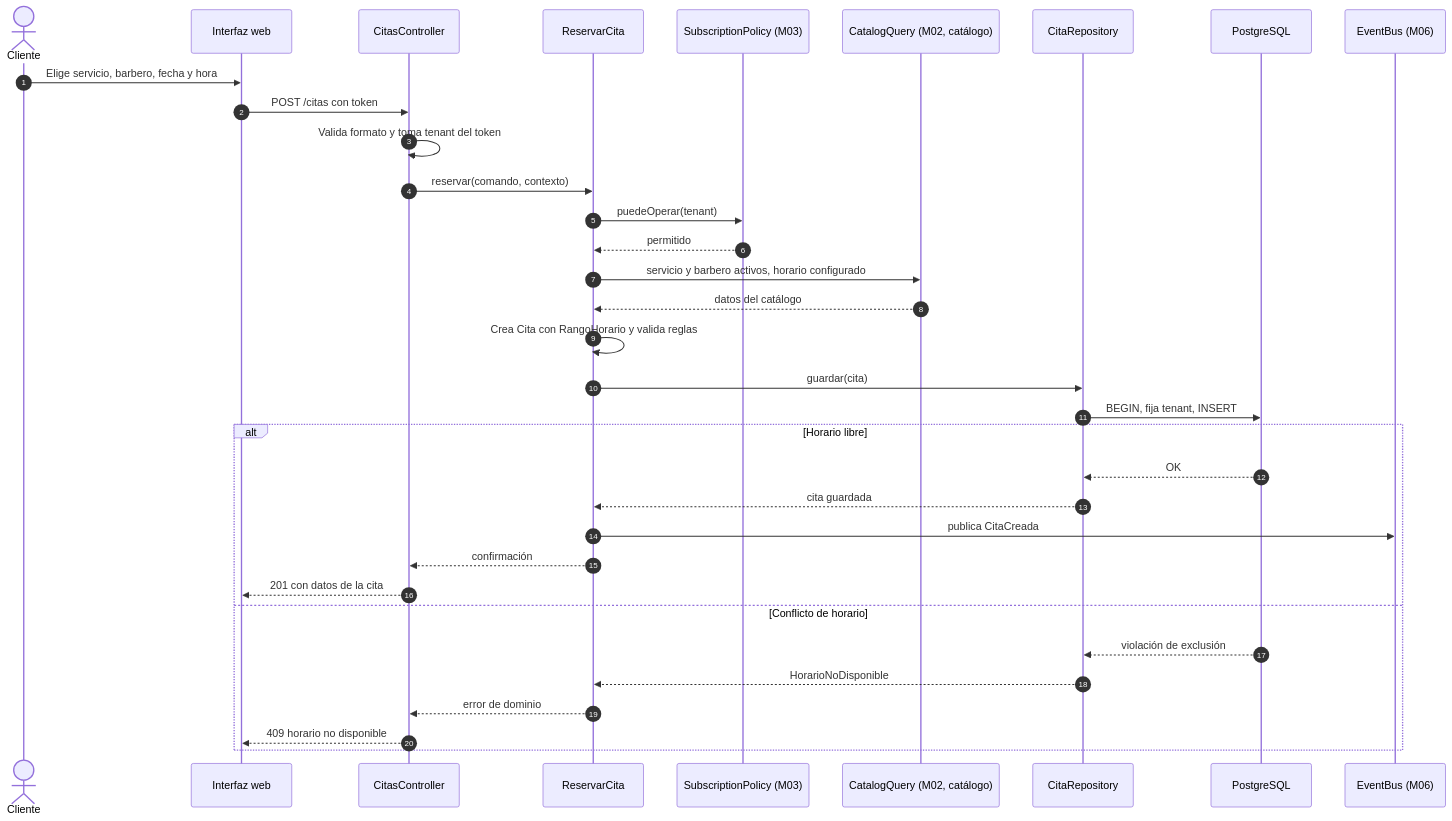
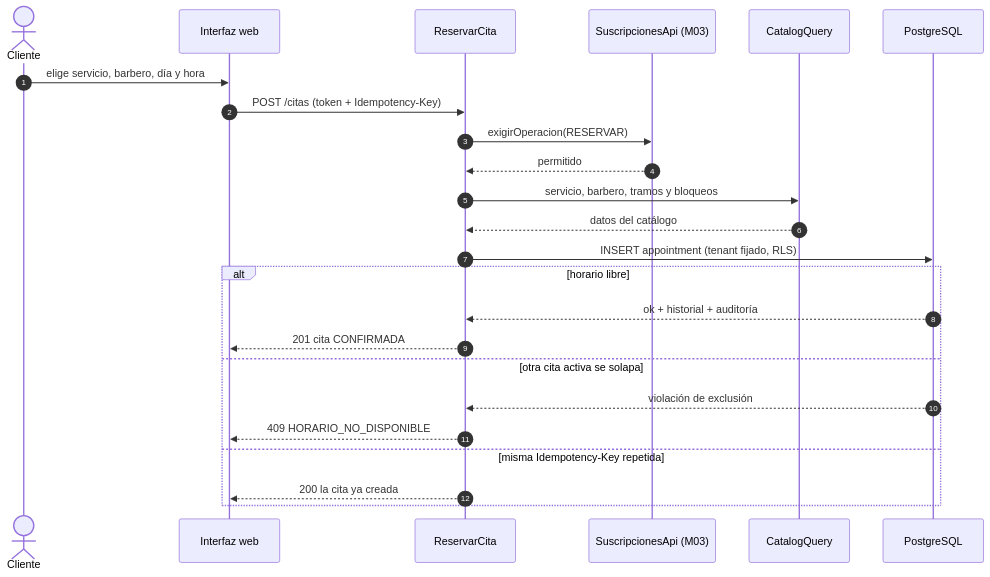
Before and after one commit to semcham/proyecto-final-barberia-ayacucho: the second of 9 diagrams in docs/03-diseño-de-software/diseño-interno/diseño-interno-de-modulos.md, drawn with Mermaid. The commit also changed other lines of this file and 67 other files, not shown here.

Commit message:
docs: documentación y diagramas coherentes con 001, 002, 003 .... 006

````diff
--- a/docs/03-diseño-de-software/diseño-interno/diseño-interno-de-modulos.md
+++ b/docs/03-diseño-de-software/diseño-interno/diseño-interno-de-modulos.md
@@ -82,36 +87,26 @@
 ```mermaid
 sequenceDiagram
     autonumber
     actor C as Cliente
     participant FE as Interfaz web
-    participant API as CitasController
     participant UC as ReservarCita
-    participant SUB as SubscriptionPolicy (M03)
-    participant CAT as CatalogQuery (M02, catálogo)
-    participant REP as CitaRepository
-    participant DB as PostgreSQL
-    participant BUS as EventBus (M06)
-    C->>FE: Elige servicio, barbero, fecha y hora
-    FE->>API: POST /citas con token
-    API->>API: Valida formato y toma tenant del token
-    API->>UC: reservar(comando, contexto)
-    UC->>SUB: puedeOperar(tenant)
-    SUB-->>UC: permitido
-    UC->>CAT: servicio y barbero activos, horario configurado
+    participant SUS as SuscripcionesApi (M03)
+    participant CAT as CatalogQuery
+    participant BD as PostgreSQL
+    C->>FE: elige servicio, barbero, día y hora
+    FE->>UC: POST /citas (token + Idempotency-Key)
+    UC->>SUS: exigirOperacion(RESERVAR)
+    SUS-->>UC: permitido
+    UC->>CAT: servicio, barbero, tramos y bloqueos
     CAT-->>UC: datos del catálogo
-    UC->>UC: Crea Cita con RangoHorario y valida reglas
-    UC->>REP: guardar(cita)
-    REP->>DB: BEGIN, fija tenant, INSERT
-    alt Horario libre
-        DB-->>REP: OK
-        REP-->>UC: cita guardada
-        UC->>BUS: publica CitaCreada
-        UC-->>API: confirmación
-        API-->>FE: 201 con datos de la cita
-    else Conflicto de horario
-        DB-->>REP: violación de exclusión
-        REP-->>UC: HorarioNoDisponible
-        UC-->>API: error de dominio
-        API-->>FE: 409 horario no disponible
+    UC->>BD: INSERT appointment (tenant fijado, RLS)
+    alt horario libre
+        BD-->>UC: ok + historial + auditoría
+        UC-->>FE: 201 cita CONFIRMADA
+    else otra cita activa se solapa
+        BD-->>UC: violación de exclusión
+        UC-->>FE: 409 HORARIO_NO_DISPONIBLE
+    else misma Idempotency-Key repetida
+        UC-->>FE: 200 la cita ya creada
     end
 ```
````
